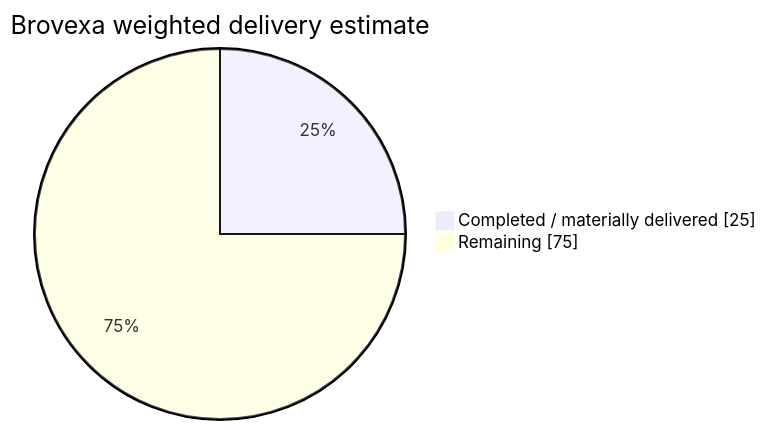
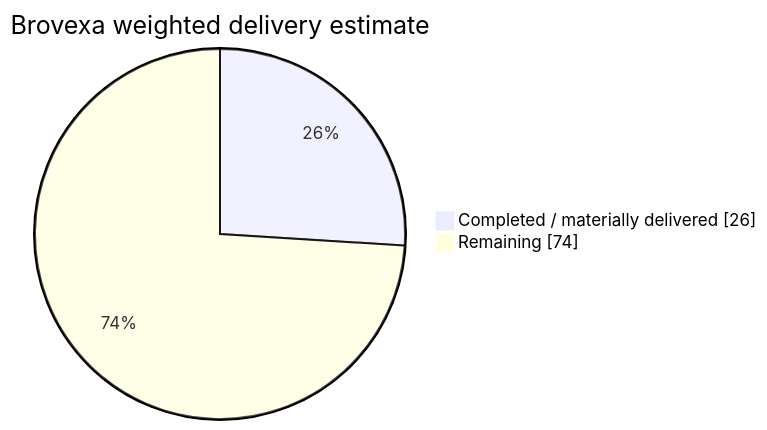
One commit to Vertex-Systems-Network/brovexa changed the diagram in README.md. Above: the diagram before and after it, drawn with Mermaid. The commit also changed other lines of this file, not shown here.

````diff
--- a/README.md
+++ b/README.md
@@ -17,6 +17,6 @@
 ```mermaid
 pie showData
     title Brovexa weighted delivery estimate
-    "Completed / materially delivered" : 25
-    "Remaining" : 75
+    "Completed / materially delivered" : 26
+    "Remaining" : 74
 ```
````
